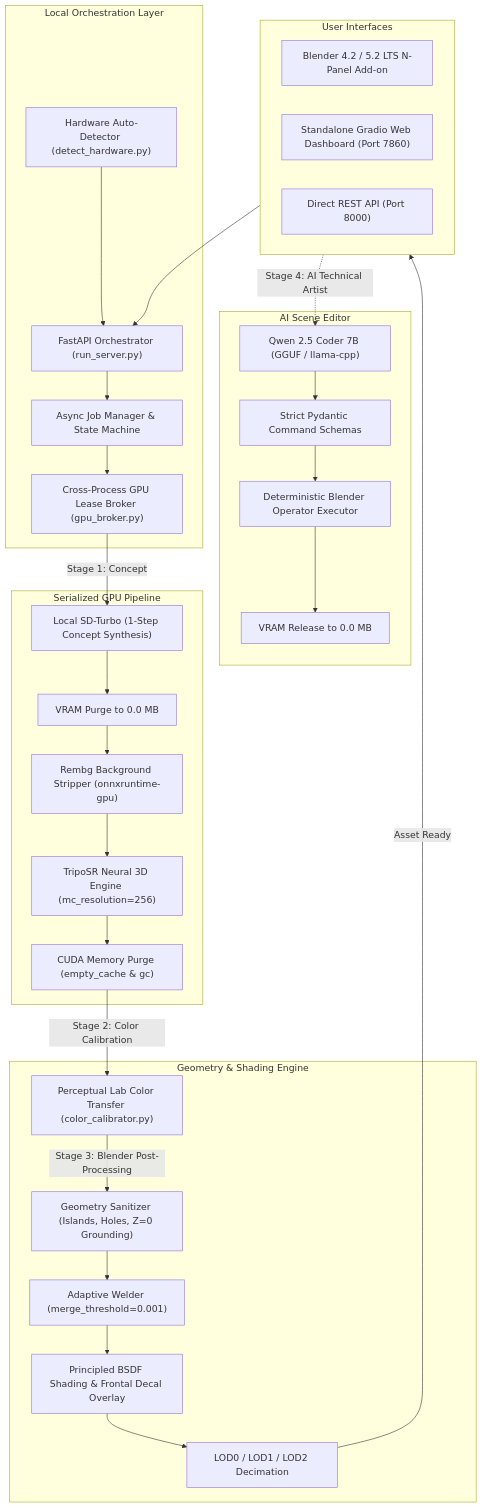
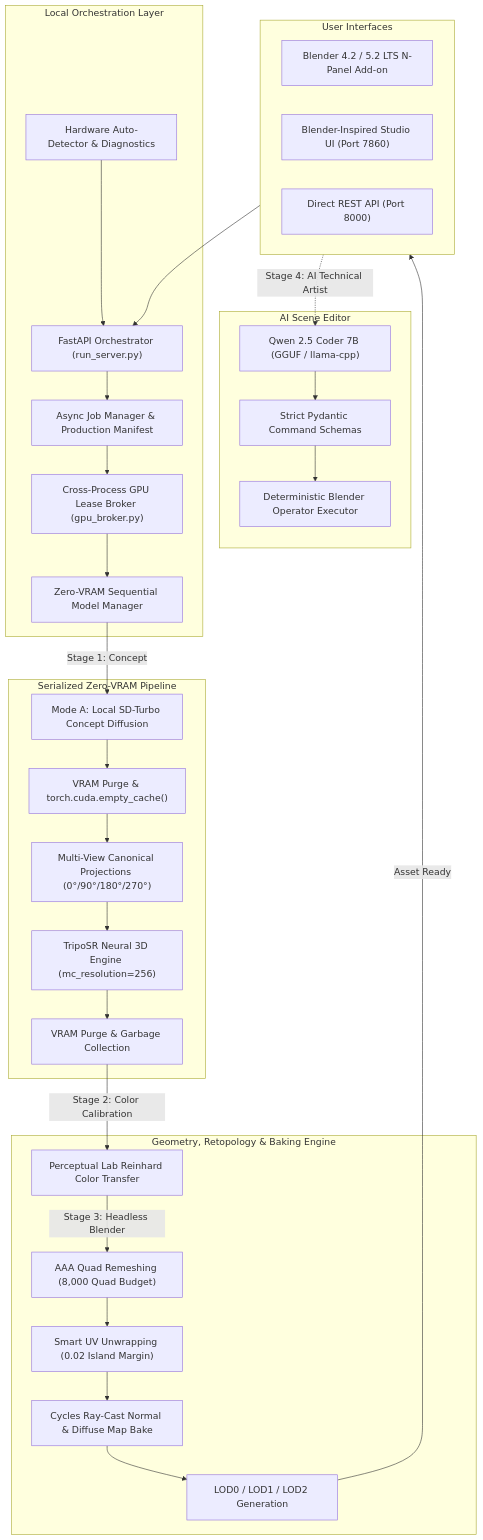
The diagram in README.md (Kernlab-001/local-mesh-ai), drawn with Mermaid before and after one commit. The commit also changed other lines of this file and 1 other file, not shown here.

````diff
--- a/README.md
+++ b/README.md
@@ -36,48 +69,49 @@
 ```mermaid
 flowchart TD
     subgraph Clients["User Interfaces"]
         C1["Blender 4.2 / 5.2 LTS N-Panel Add-on"]
-        C2["Standalone Gradio Web Dashboard (Port 7860)"]
+        C2["Blender-Inspired Studio UI (Port 7860)"]
         C3["Direct REST API (Port 8000)"]
     end
 
     subgraph Orchestration["Local Orchestration Layer"]
-        DET["Hardware Auto-Detector (detect_hardware.py)"]
+        DET["Hardware Auto-Detector & Diagnostics"]
         API["FastAPI Orchestrator (run_server.py)"]
-        JM["Async Job Manager & State Machine"]
+        JM["Async Job Manager & Production Manifest"]
         BROKER["Cross-Process GPU Lease Broker (gpu_broker.py)"]
+        LIFECYCLE["Zero-VRAM Sequential Model Manager"]
     end
 
-    subgraph GPU_Workloads["Serialized GPU Pipeline"]
-        SDT["Local SD-Turbo (1-Step Concept Synthesis)"]
-        PURGE0["VRAM Purge to 0.0 MB"]
-        REMBG["Rembg Background Stripper (onnxruntime-gpu)"]
+    subgraph GPU_Workloads["Serialized Zero-VRAM Pipeline"]
+        SDT["Mode A: Local SD-Turbo Concept Diffusion"]
+        PURGE0["VRAM Purge & torch.cuda.empty_cache()"]
+        MV["Multi-View Canonical Projections (0°/90°/180°/270°)"]
         TSR["TripoSR Neural 3D Engine (mc_resolution=256)"]
-        PURGE1["CUDA Memory Purge (empty_cache & gc)"]
+        PURGE1["VRAM Purge & Garbage Collection"]
     end
 
-    subgraph Post_Processing["Geometry & Shading Engine"]
-        CALIB["Perceptual Lab Color Transfer (color_calibrator.py)"]
-        SAN["Geometry Sanitizer (Islands, Holes, Z=0 Grounding)"]
-        WELD["Adaptive Welder (merge_threshold=0.001)"]
-        BSDF["Principled BSDF Shading & Frontal Decal Overlay"]
-        LOD["LOD0 / LOD1 / LOD2 Decimation"]
+    subgraph Post_Processing["Geometry, Retopology & Baking Engine"]
+        CALIB["Perceptual Lab Reinhard Color Transfer"]
+        RETOPO["AAA Quad Remeshing (8,000 Quad Budget)"]
+        UV["Smart UV Unwrapping (0.02 Island Margin)"]
+        BAKE["Cycles Ray-Cast Normal & Diffuse Map Bake"]
+        LOD["LOD0 / LOD1 / LOD2 Generation"]
     end
 
     subgraph Technical_Artist["AI Scene Editor"]
         QWEN["Qwen 2.5 Coder 7B (GGUF / llama-cpp)"]
         ALLOW["Strict Pydantic Command Schemas"]
         EXEC["Deterministic Blender Operator Executor"]
-        PURGE2["VRAM Release to 0.0 MB"]
     end
 
     Clients --> API
     DET --> API
     API --> JM --> BROKER
-    BROKER -->|Stage 1: Concept| SDT --> PURGE0
-    PURGE0 --> REMBG --> TSR --> PURGE1
+    BROKER --> LIFECYCLE
+    LIFECYCLE -->|Stage 1: Concept| SDT --> PURGE0
+    PURGE0 --> MV --> TSR --> PURGE1
     PURGE1 -->|Stage 2: Color Calibration| CALIB
-    CALIB -->|Stage 3: Blender Post-Processing| SAN --> WELD --> BSDF --> LOD
+    CALIB -->|Stage 3: Headless Blender| RETOPO --> UV --> BAKE --> LOD
     LOD -->|Asset Ready| Clients
-    Clients -.->|Stage 4: AI Technical Artist| QWEN --> ALLOW --> EXEC --> PURGE2
+    Clients -.->|Stage 4: AI Technical Artist| QWEN --> ALLOW --> EXEC
 ```
````
